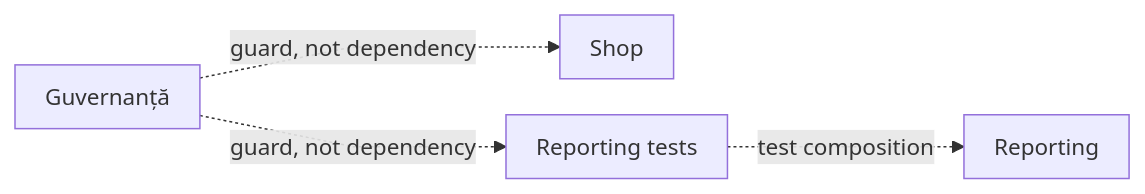
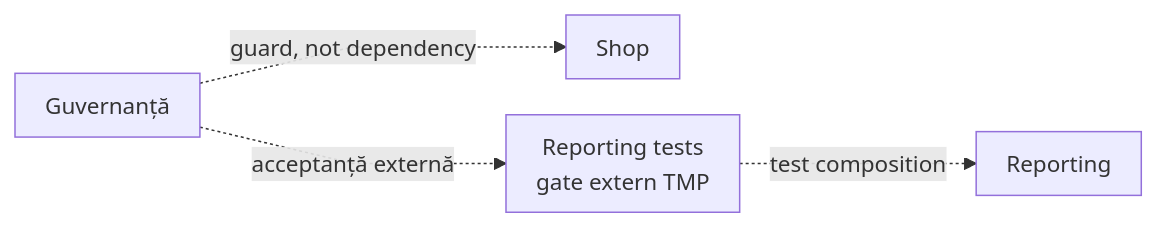
The second of 12 diagrams in docs/ATF_Architecture.md (crististefanita/atf_j1), drawn with Mermaid before and after one commit. The commit also changed other lines of this file and 580 other files, not shown here.

````diff
--- a/docs/ATF_Architecture.md
+++ b/docs/ATF_Architecture.md
@@ -91,7 +90,7 @@
 ```mermaid
 %%{init: {"themeVariables":{"fontSize":"15px"},"themeCSS":".nodeLabel, .nodeLabel p { font-size: 15px !important; line-height: 1.35 !important; } .edgeLabel, .edgeLabel p { font-size: 12px !important; font-weight: 400 !important; line-height: 1.2 !important; } .edgeLabel .labelBkg, .edgeLabel p { background: transparent !important; } .edgeLabel foreignObject { transform: translateY(-18px); overflow: visible; } .node rect { rx: 6px; ry: 6px; }","flowchart":{"curve":"linear","nodeSpacing":24,"rankSpacing":40,"padding":10,"diagramPadding":16}}}%%
 flowchart LR
     Governance["Guvernanță"] -.->|guard, not dependency| Shop["Shop"]
-    Governance -.->|guard, not dependency| ReportingTests["Reporting tests"]
+    Governance -.->|acceptanță externă| ReportingTests["Reporting tests<br/>gate extern TMP"]
     ReportingTests -.->|test composition| Reporting["Reporting"]
 ```
````
